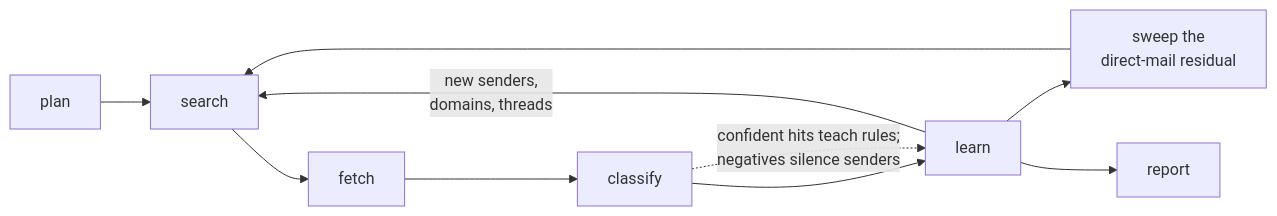
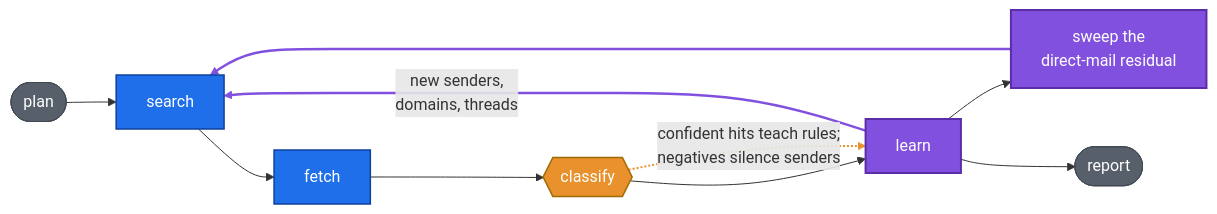
Before and after one commit to rsaim/jobd: the diagram in README.md, drawn with Mermaid. The commit also changed other lines of this file and 4 other files, not shown here.

````diff
--- a/README.md
+++ b/README.md
@@ -59,8 +42,19 @@
 ```mermaid
 flowchart LR
-    plan --> search --> fetch --> classify --> learn
-    learn -- "new senders,<br/>domains, threads" --> search
-    learn --> sweep["sweep the<br/>direct-mail residual"] --> search
-    learn --> report
+    plan([plan]) --> search --> fetch --> classify{{classify}} --> learn
+    learn == "new senders,<br/>domains, threads" ==> search
+    learn --> sweep["sweep the<br/>direct-mail residual"] ==> search
+    learn --> report([report])
     classify -. "confident hits teach rules;<br/>negatives silence senders" .-> learn
+
+    classDef step fill:#1f6feb,stroke:#0d419d,color:#ffffff,stroke-width:1.5px
+    classDef verdict fill:#e8912d,stroke:#9e6a03,color:#ffffff,stroke-width:1.5px
+    classDef loop fill:#8250df,stroke:#5b2da8,color:#ffffff,stroke-width:2px
+    classDef ends fill:#57606a,stroke:#424a53,color:#ffffff
+    class search,fetch step
+    class classify verdict
+    class learn,sweep loop
+    class plan,report ends
+    linkStyle 4,6 stroke:#8250df,stroke-width:2.5px
+    linkStyle 8 stroke:#e8912d,stroke-width:2px
 ```
````
